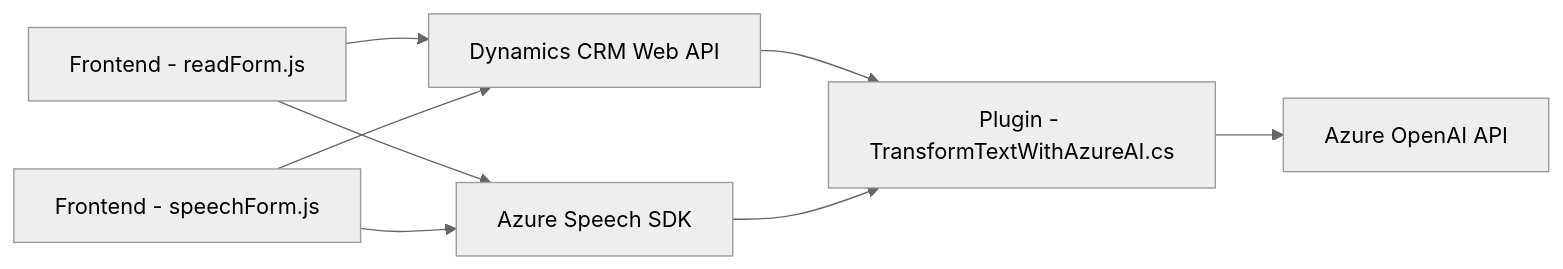
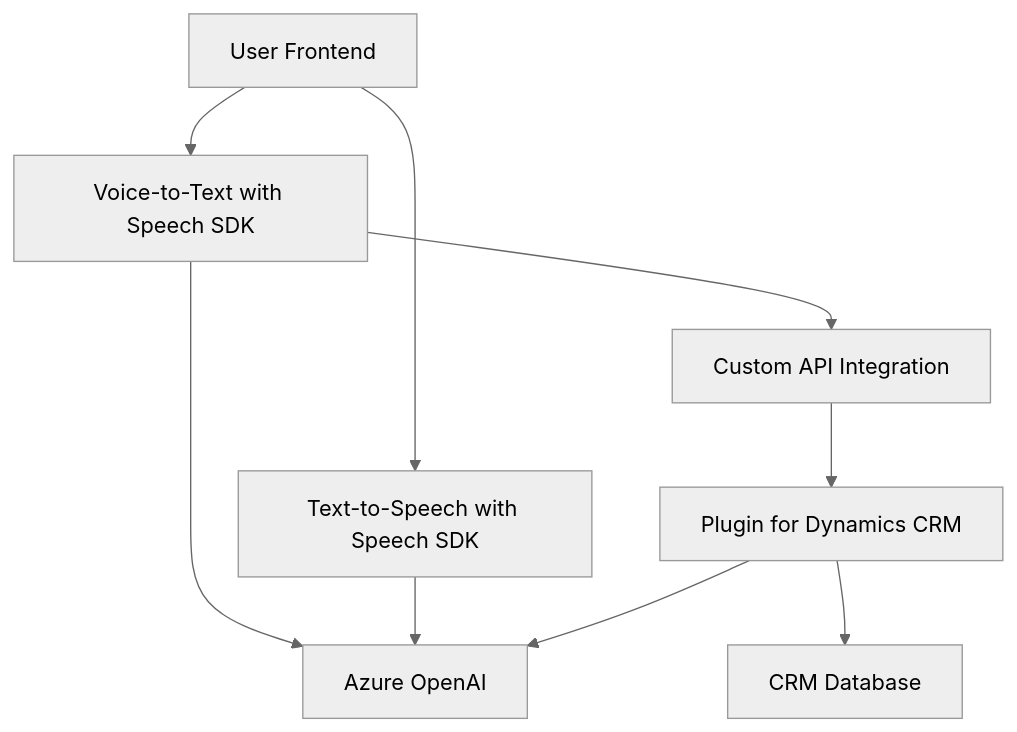
Before and after one commit to blopezdm/NETCORE_BILBAO2025: the diagram in README.md, drawn with Mermaid (neutral theme). The commit also changed other lines of this file, not shown here.

````diff
--- a/README.md
+++ b/README.md
@@ -41,17 +46,19 @@
 ```mermaid
-graph LR
-    A["Frontend - readForm.js"]
-    B["Frontend - speechForm.js"]
-    C["Plugin - TransformTextWithAzureAI.cs"]
-    D["Azure Speech SDK"]
-    E["Azure OpenAI API"]
-    F["Dynamics CRM Web API"]
+graph TD
+    A["User Frontend"]
+    B["Voice-to-Text with Speech SDK"]
+    C["Text-to-Speech with Speech SDK"]
+    D["Custom API Integration"]
+    E["Plugin for Dynamics CRM"]
+    F["Azure OpenAI"]
+    G["CRM Database"]
 
-    A --> F
+    A --> B
+    A --> C
     B --> F
-    A --> D
+    C --> F
     B --> D
-    C --> E
-    F --> C
-    D --> C
+    D --> E
+    E --> F
+    E --> G
 ```
````
